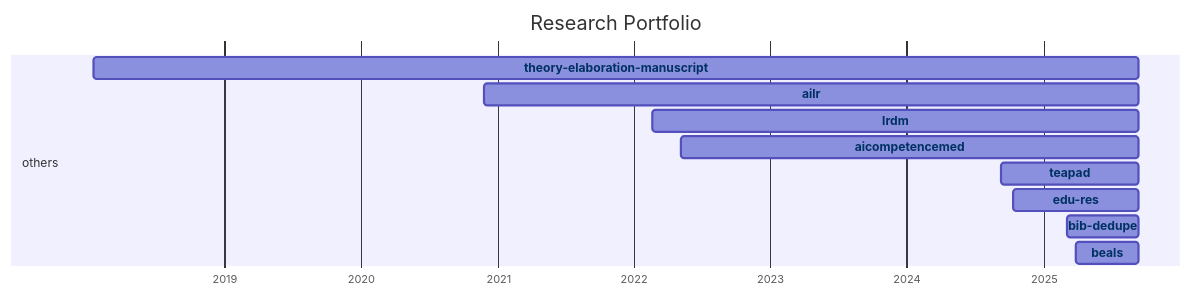
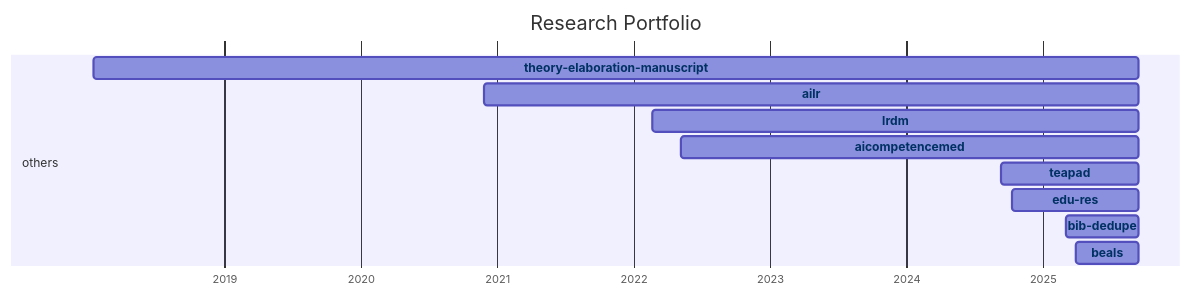
The diagram in docs/20-research/25-projects-gantt.md (digital-work-lab/handbook), drawn with Mermaid before and after one commit. The commit also changed 1 other file, not shown here.

Commit message:
Update repository overview

````diff
--- a/docs/20-research/25-projects-gantt.md
+++ b/docs/20-research/25-projects-gantt.md
@@ -8,35 +8,35 @@
 ```mermaid
 ---
 displayMode: compact
 ---
 gantt
 title Research Portfolio
 dateFormat YYYY-MM-DD
 axisFormat %Y
 
     section work_practices
 
     section distributed_organizing
 
     section knowledge_synthesis
 
     section others
-        beals :beals, 2025-03-28, 2025-09-12
-        bib-dedupe :bib-dedupe, 2025-03-04, 2025-09-12
-        edu-res :edu-res, 2024-10-10, 2025-09-12
-        teapad :teapad, 2024-09-10, 2025-09-12
-        aicompetencemed :aicompetencemed, 2022-05-06, 2025-09-12
-        lrdm :lrdm, 2022-02-20, 2025-09-12
-        ailr :ailr, 2020-11-26, 2025-09-12
-        theory-elaboration-manuscript :theory-elaboration-manuscript, 2018-01-15, 2025-09-12
+        beals :beals, 2025-03-28, 2025-09-13
+        bib-dedupe :bib-dedupe, 2025-03-04, 2025-09-13
+        edu-res :edu-res, 2024-10-10, 2025-09-13
+        teapad :teapad, 2024-09-10, 2025-09-13
+        aicompetencemed :aicompetencemed, 2022-05-06, 2025-09-13
+        lrdm :lrdm, 2022-02-20, 2025-09-13
+        ailr :ailr, 2020-11-26, 2025-09-13
+        theory-elaboration-manuscript :theory-elaboration-manuscript, 2018-01-15, 2025-09-13
 
 
     click beals href "{{ site.baseurl }}/docs/10-lab/18-resources/beals.html"
     click bib-dedupe href "{{ site.baseurl }}/docs/10-lab/18-resources/bib-dedupe.html"
     click edu-res href "{{ site.baseurl }}/docs/10-lab/18-resources/edu-res.html"
     click teapad href "{{ site.baseurl }}/docs/10-lab/18-resources/teapad.html"
     click aicompetencemed href "{{ site.baseurl }}/docs/10-lab/18-resources/aicompetencemed.html"
     click lrdm href "{{ site.baseurl }}/docs/10-lab/18-resources/lrdm.html"
     click ailr href "{{ site.baseurl }}/docs/10-lab/18-resources/ailr.html"
     click theory-elaboration-manuscript href "{{ site.baseurl }}/docs/10-lab/18-resources/theory-elaboration-manuscript.html"
 ```
````
